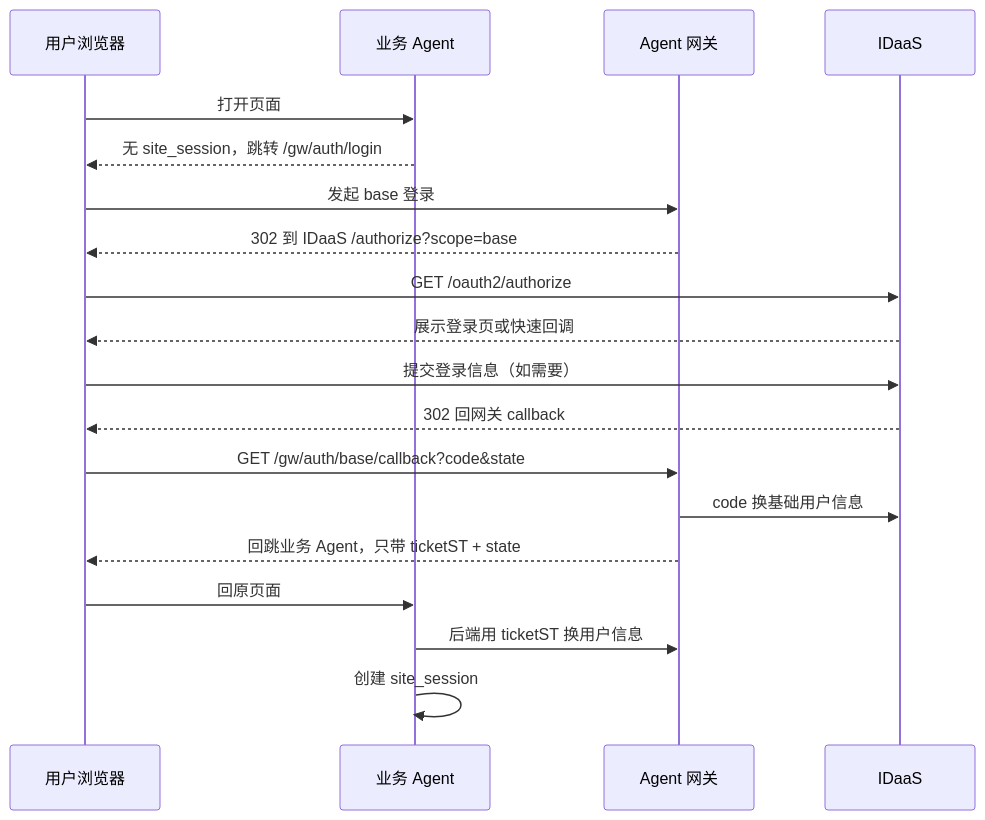
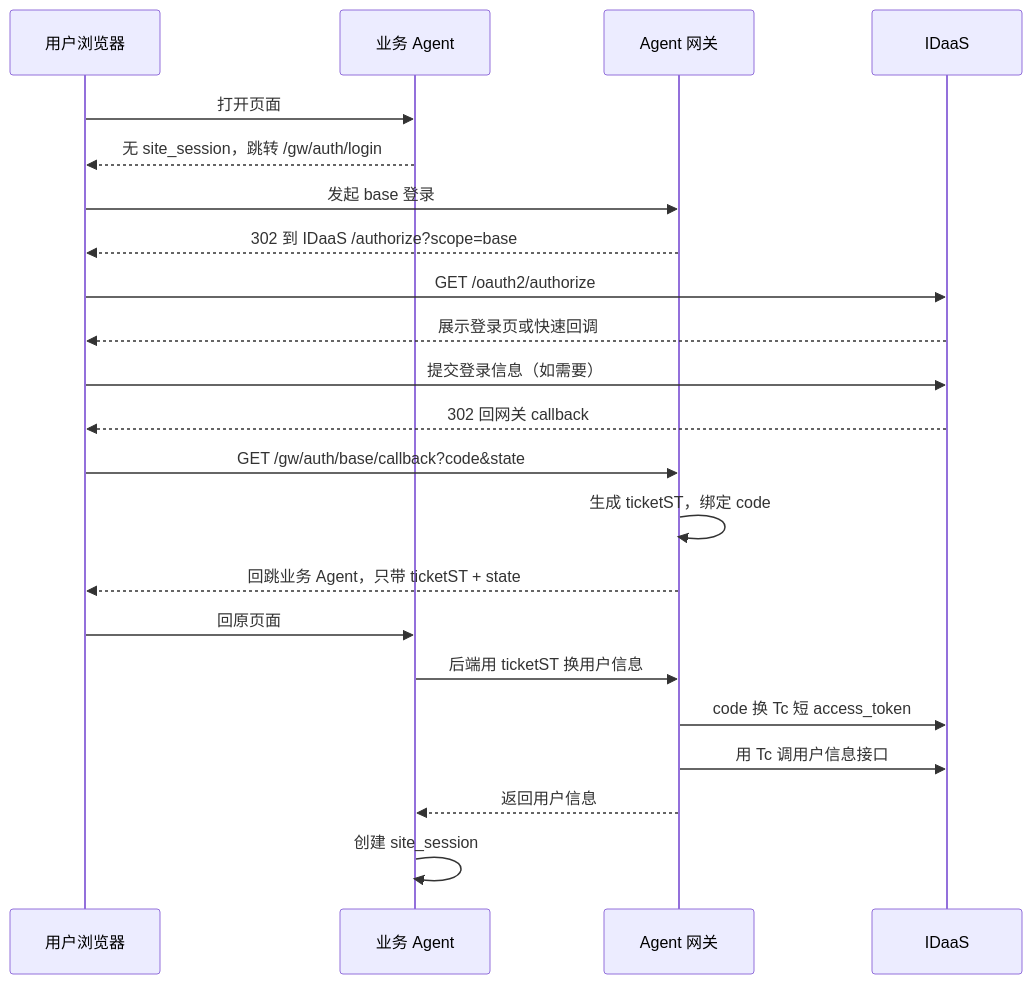
The first of 2 diagrams in docs/final_design/quick_read/02_主流程速记.md (xuning117634-ux/auth-design-spec), drawn with Mermaid before and after one commit. The commit also changed 51 other files, not shown here.

````diff
--- a/docs/final_design/quick_read/02_主流程速记.md
+++ b/docs/final_design/quick_read/02_主流程速记.md
@@ -7,22 +7,25 @@
 ```mermaid
 sequenceDiagram
     participant 用户 as 用户浏览器
     participant Agent as 业务 Agent
     participant GW as Agent 网关
     participant IDaaS as IDaaS
 
     用户->>Agent: 打开页面
     Agent-->>用户: 无 site_session，跳转 /gw/auth/login
     用户->>GW: 发起 base 登录
     GW-->>用户: 302 到 IDaaS /authorize?scope=base
     用户->>IDaaS: GET /oauth2/authorize
     IDaaS-->>用户: 展示登录页或快速回调
     用户->>IDaaS: 提交登录信息（如需要）
     IDaaS-->>用户: 302 回网关 callback
     用户->>GW: GET /gw/auth/base/callback?code&state
-    GW->>IDaaS: code 换基础用户信息
+    GW->>GW: 生成 ticketST，绑定 code
     GW-->>用户: 回跳业务 Agent，只带 ticketST + state
     用户->>Agent: 回原页面
     Agent->>GW: 后端用 ticketST 换用户信息
+    GW->>IDaaS: code 换 Tc 短 access_token
+    GW->>IDaaS: 用 Tc 调用户信息接口
+    GW-->>Agent: 返回用户信息
     Agent->>Agent: 创建 site_session
 ```
````
